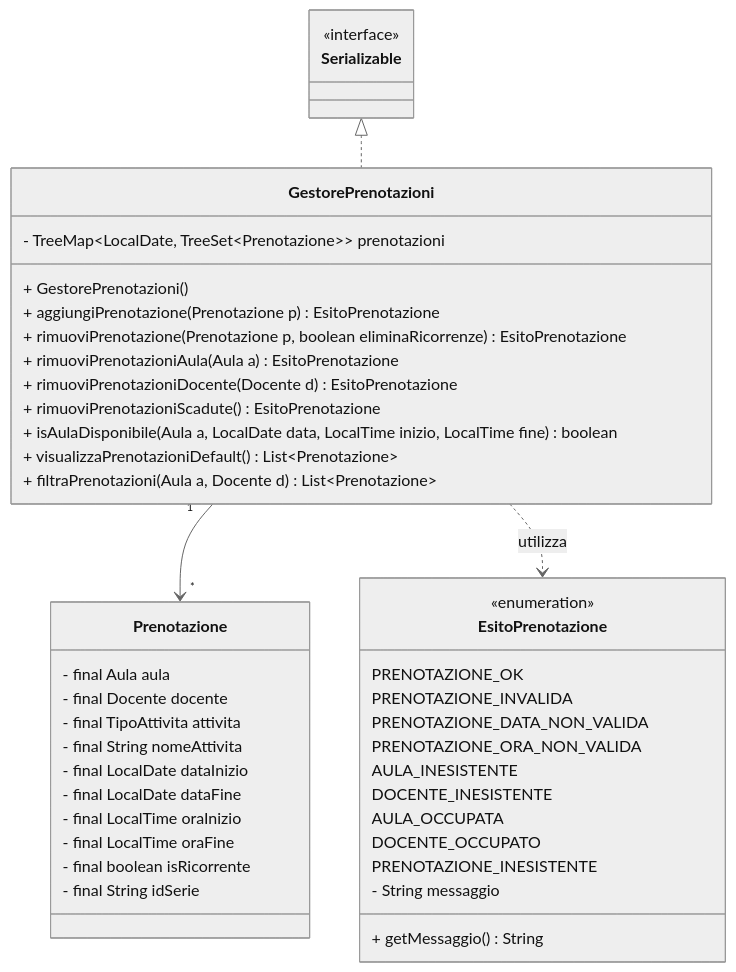
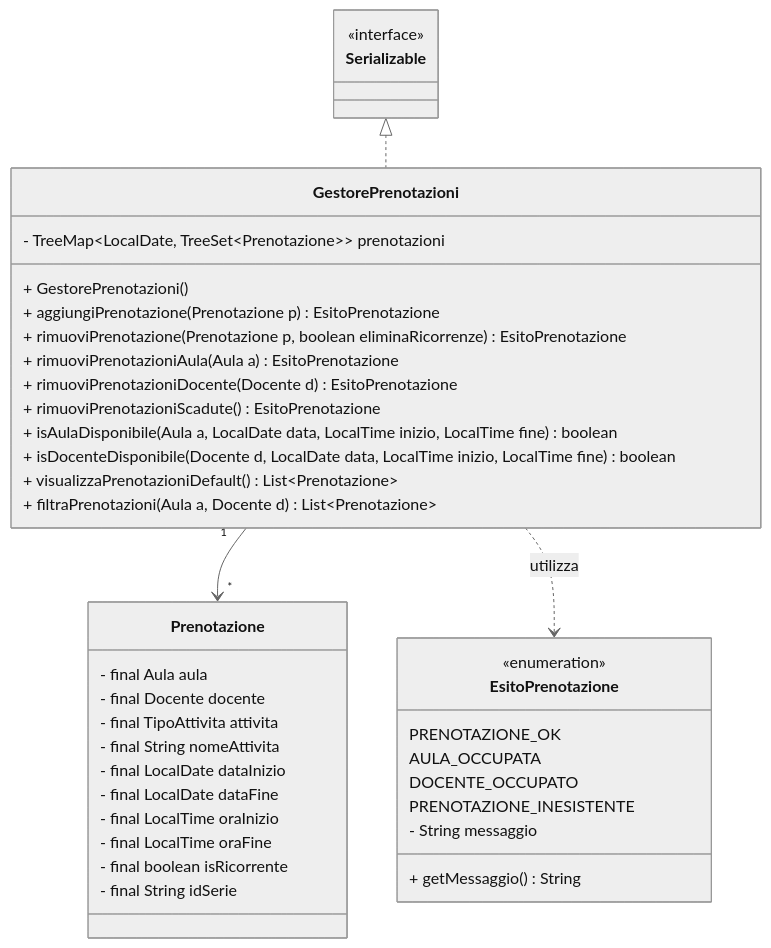
The diagram in diagrams/class diagrams/gestorePrenotazioniClass.md (gcarbone48/PrenotazioneAule5), drawn with Mermaid (neutral theme) before and after one commit. The commit also changed 5 other files, not shown here.

Commit message:
FEAT: modifica pre post invarianti su Prenotazione modifica gestorePrenotazioniDiagram inizio documentazione doxygen su GestorePrenotazioni Aggiornamento file SRS Aggiornamento EsitoPrenotazione con rimozione di alcuni messaggi

```diff
--- a/diagrams/class diagrams/gestorePrenotazioniClass.md
+++ b/diagrams/class diagrams/gestorePrenotazioniClass.md
@@ -46,7 +46,7 @@
 
         %% controllo aula disponibile 
         + isAulaDisponibile(Aula a, LocalDate data, LocalTime inizio, LocalTime fine) boolean
-
+        + isDocenteDisponibile(Docente d, LocalDate data, LocalTime inizio, LocalTime fine) boolean
         %% visualizzazione prenotazioni di default (ordinamento per data e ora)
         + visualizzaPrenotazioniDefault() List~Prenotazione~
         
@@ -66,15 +66,6 @@
         %% esito corretto
         PRENOTAZIONE_OK
         
-        %% oggetto null
-        PRENOTAZIONE_INVALIDA 
-        
-        %% data e ora non valide
-        PRENOTAZIONE_DATA_NON_VALIDA
-        PRENOTAZIONE_ORA_NON_VALIDA
-        %% aula o docente inesistente...
-        AULA_INESISTENTE
-        DOCENTE_INESISTENTE
         %% aula occupata per l'occorrenza
         AULA_OCCUPATA
 
```
